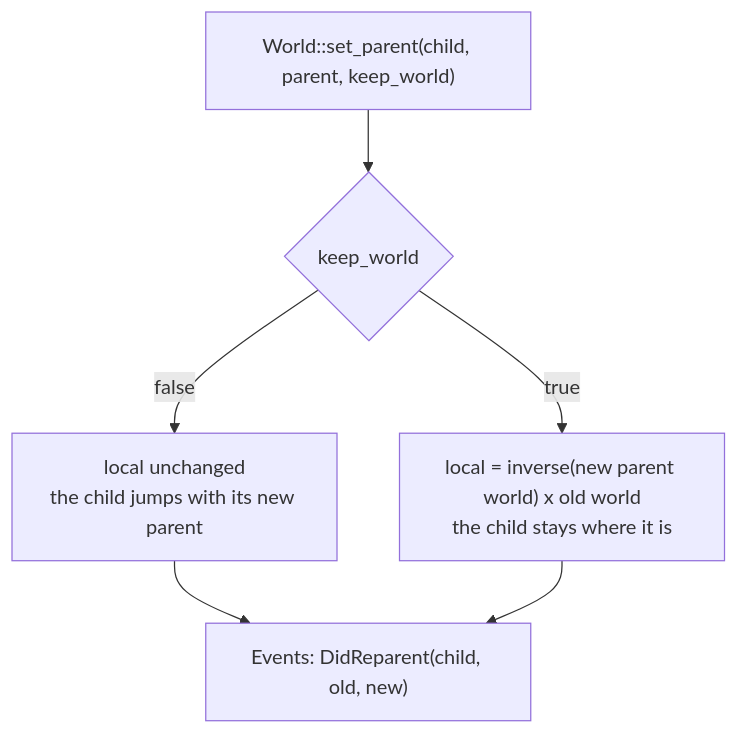
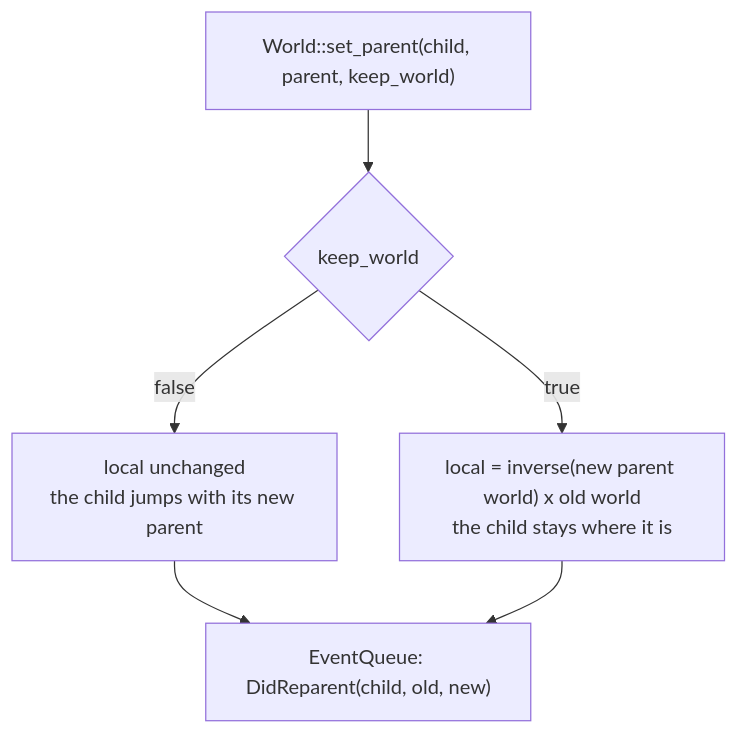
The second of 3 diagrams in crates/phicore/phiecs/docs/space.md (gemphi/phikit), drawn with Mermaid before and after one commit. The commit also changed other lines of this file and 21 other files, not shown here.

````diff
--- a/crates/phicore/phiecs/docs/space.md
+++ b/crates/phicore/phiecs/docs/space.md
@@ -20,13 +20,13 @@
 ```mermaid
 graph TB
     r_call["World::set_parent(child, parent, keep_world)"]
     r_keep{"keep_world"}
     r_same["local unchanged<br/>the child jumps with its new parent"]
     r_solve["local = inverse(new parent world) x old world<br/>the child stays where it is"]
-    r_event["Events: DidReparent(child, old, new)"]
+    r_event["EventQueue: DidReparent(child, old, new)"]
     r_call --> r_keep
     r_keep -->|false| r_same
     r_keep -->|true| r_solve
     r_same --> r_event
     r_solve --> r_event
 ```
````
